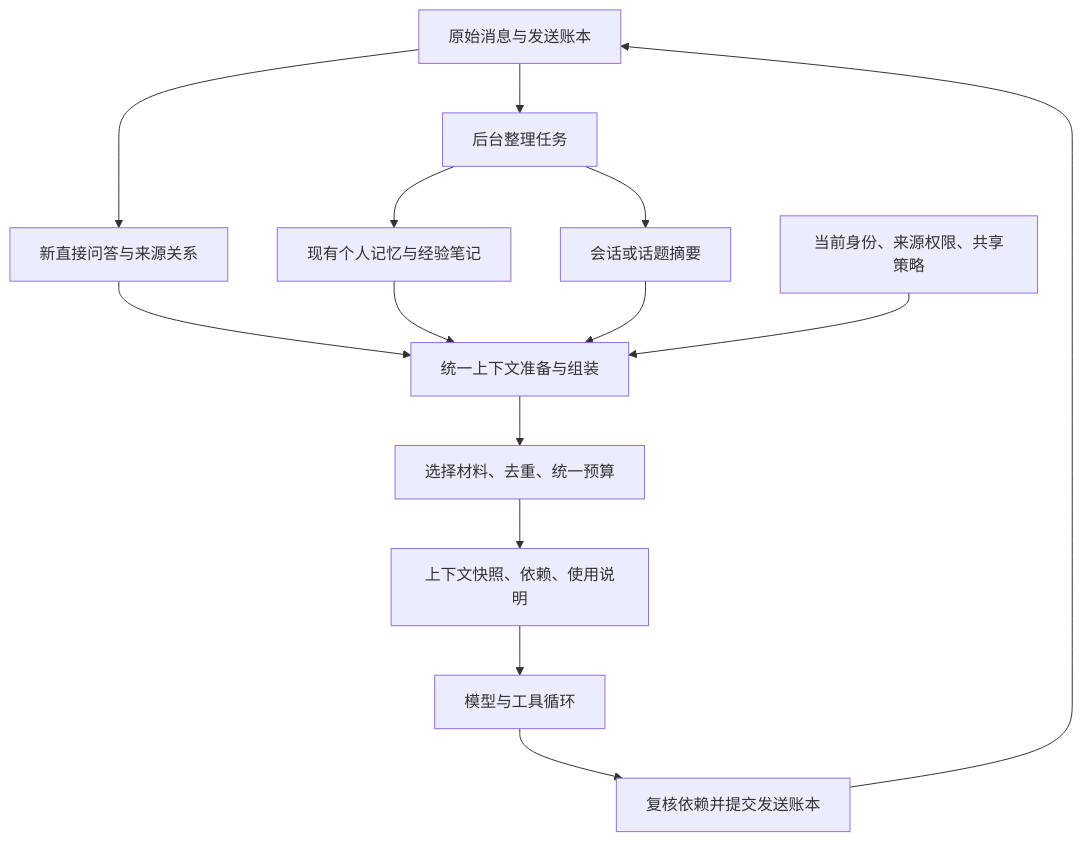
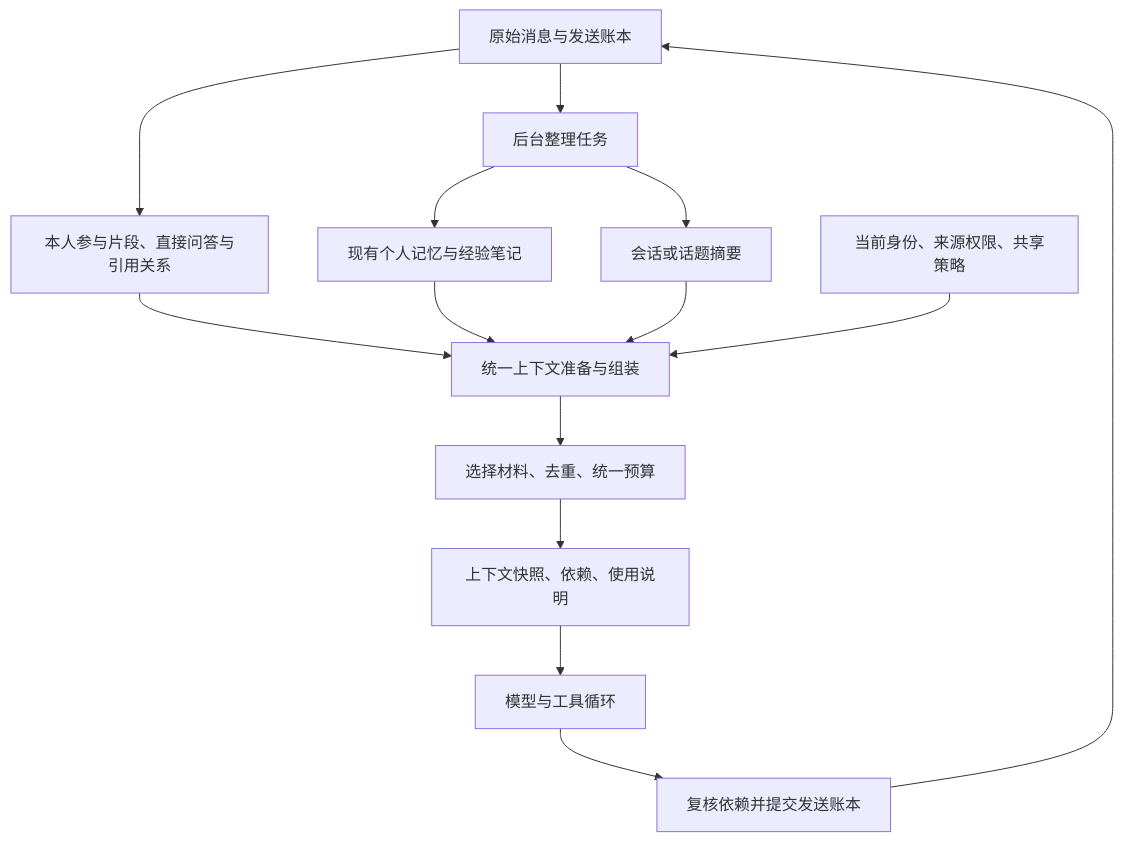
The diagram in docs/context-memory-redesign.md (Fox-yun/qkbot-r), drawn with Mermaid before and after one commit. The commit also changed other lines of this file and 38 other files, not shown here.

````diff
--- a/docs/context-memory-redesign.md
+++ b/docs/context-memory-redesign.md
@@ -35,16 +65,16 @@
 ```mermaid
 flowchart TD
-    M[原始消息与发送账本] --> T[新直接问答与来源关系]
+    M[原始消息与发送账本] --> T[本人参与片段、直接问答与引用关系]
     M --> W[后台整理任务]
     W --> K[现有个人记忆与经验笔记]
     W --> S[会话或话题摘要]
     T --> E[统一上下文准备与组装]
     K --> E
     S --> E
     P[当前身份、来源权限、共享策略] --> E
     E --> C[选择材料、去重、统一预算]
     C --> B[上下文快照、依赖、使用说明]
     B --> L[模型与工具循环]
     L --> O[复核依赖并提交发送账本]
     O --> M
 ```
````
